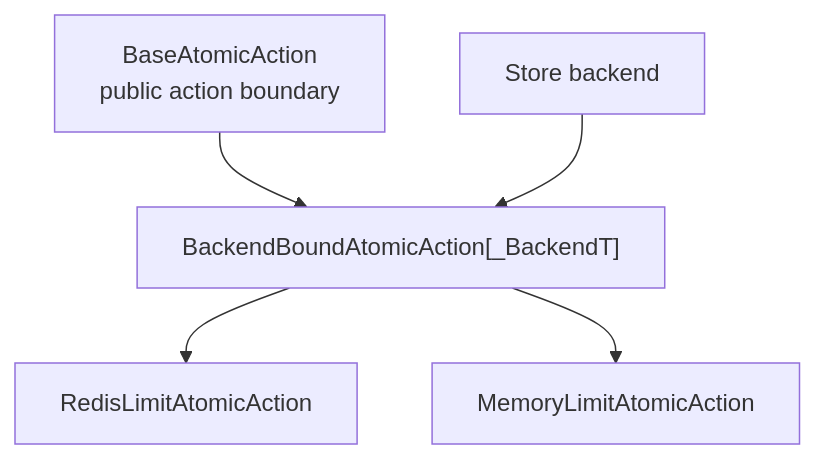
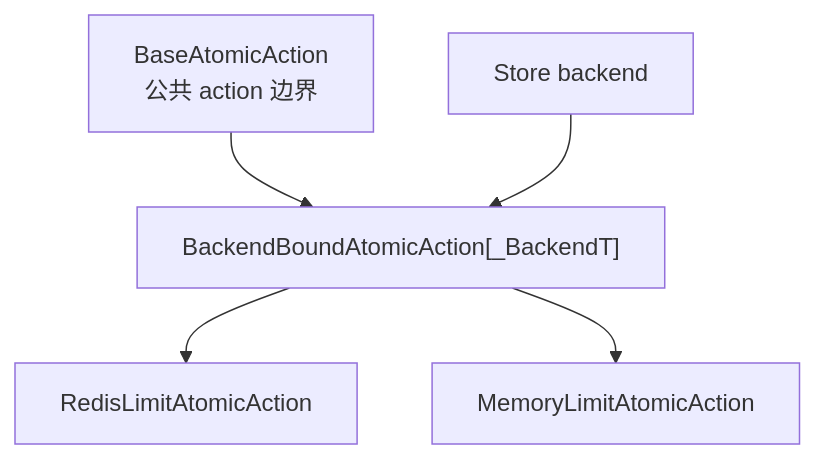
Before and after one commit to ZhuoZhuoCrayon/ai-workspace: the fifth of 6 diagrams in knowledge/throttled-py/issues/2026-05-06-store-typing-abstraction-refactor/PLAN.md, drawn with Mermaid. The commit also changed other lines of this file, not shown here.

````diff
--- a/knowledge/throttled-py/issues/2026-05-06-store-typing-abstraction-refactor/PLAN.md
+++ b/knowledge/throttled-py/issues/2026-05-06-store-typing-abstraction-refactor/PLAN.md
@@ -226,13 +224,13 @@
 ```mermaid
 flowchart TD
-    BaseAtomicAction["BaseAtomicAction<br />public action boundary"]
+    BaseAtomicAction["BaseAtomicAction<br />公共 action 边界"]
     BackendBoundAtomicAction["BackendBoundAtomicAction[_BackendT]"]
     RedisAtomicAction["RedisLimitAtomicAction"]
     MemoryAtomicAction["MemoryLimitAtomicAction"]
     Backend["Store backend"]
 
     BaseAtomicAction --> BackendBoundAtomicAction
     BackendBoundAtomicAction --> RedisAtomicAction
     BackendBoundAtomicAction --> MemoryAtomicAction
     Backend --> BackendBoundAtomicAction
 ```
````
